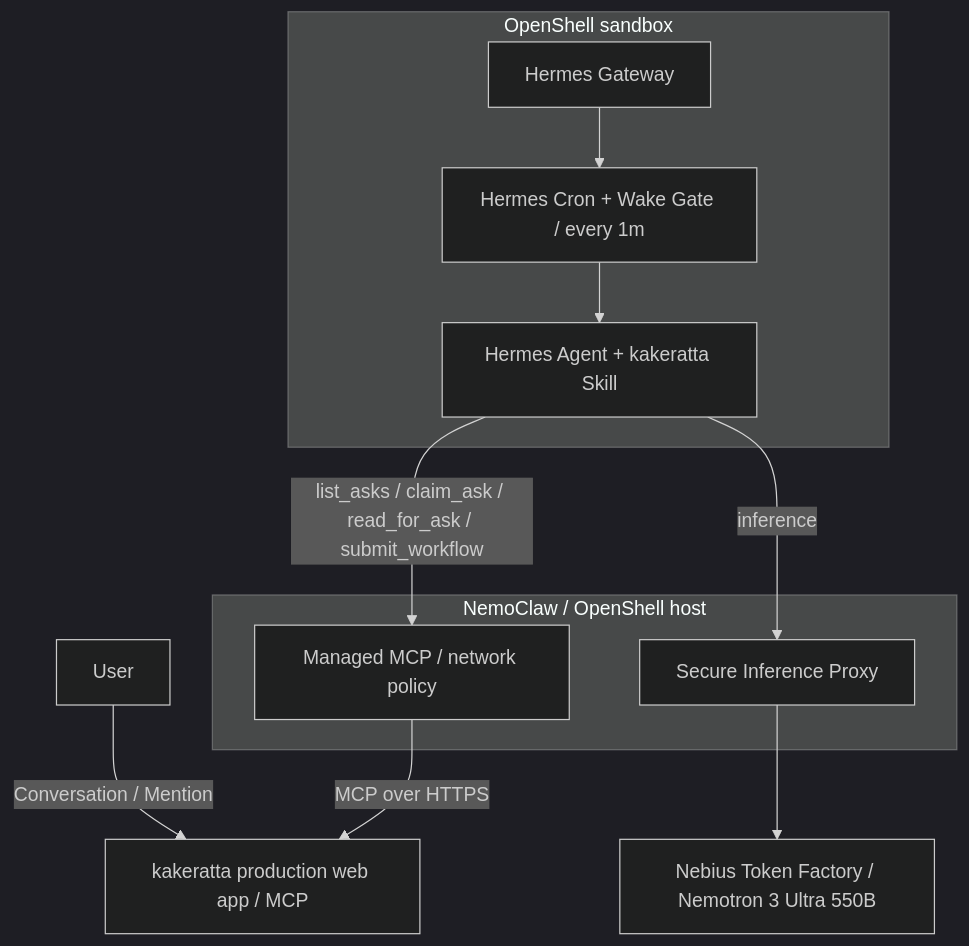
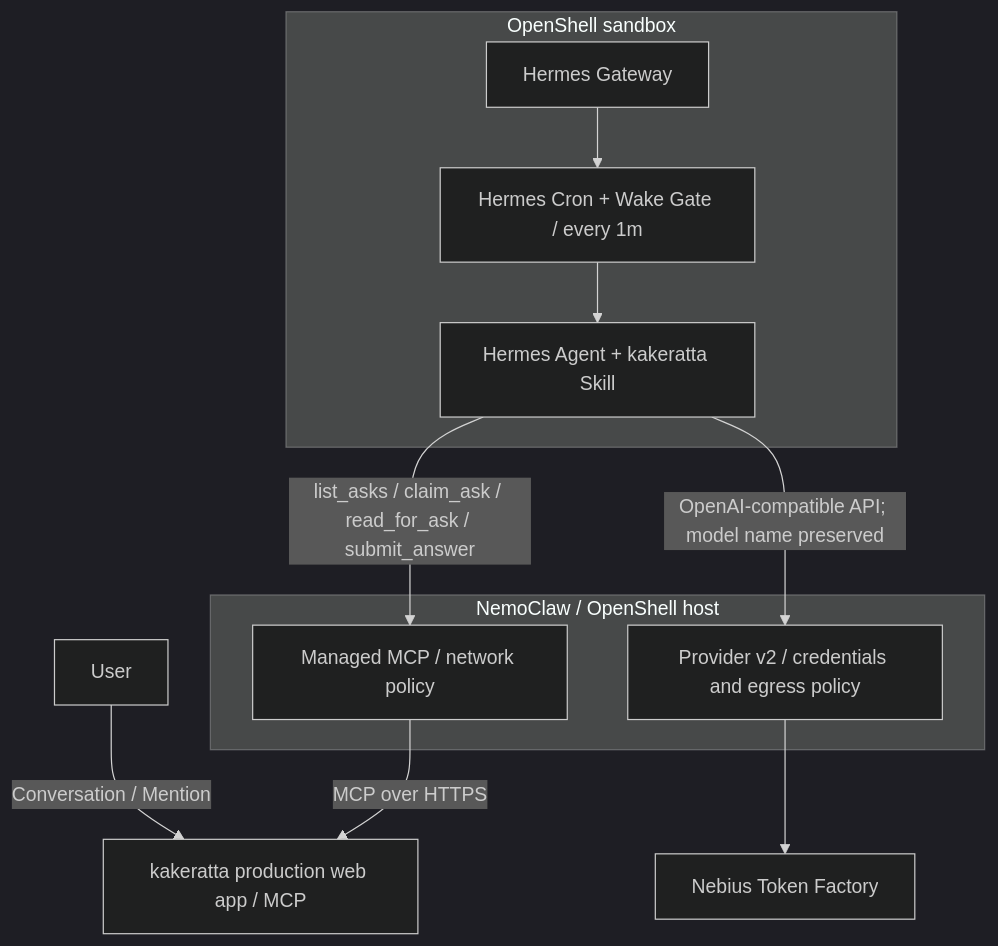
Before and after one commit to takeshy/kakeratta: the diagram in docs/nemoclaw-hermes-integration.md, drawn with Mermaid (dark theme). The commit also changed other lines of this file and 4 other files, not shown here.

First line of the commit message:
Document OpenShell Provider v2 migration and harden Wake Gate pre-checks

````diff
--- a/docs/nemoclaw-hermes-integration.md
+++ b/docs/nemoclaw-hermes-integration.md
@@ -16,16 +16,16 @@
 ```mermaid
 flowchart TD
     U["User"] -->|"Conversation / Mention"| K["kakeratta production web app / MCP"]
     subgraph H["NemoClaw / OpenShell host"]
       M["Managed MCP / network policy"]
-      P["Secure Inference Proxy"]
+      P["Provider v2 / credentials and egress policy"]
     end
     subgraph S["OpenShell sandbox"]
       G["Hermes Gateway"]
       C["Hermes Cron + Wake Gate / every 1m"]
       A["Hermes Agent + kakeratta Skill"]
       G --> C --> A
     end
-    A -->|"list_asks / claim_ask / read_for_ask / submit_workflow"| M -->|"MCP over HTTPS"| K
-    A -->|"inference"| P --> N["Nebius Token Factory / Nemotron 3 Ultra 550B"]
+    A -->|"list_asks / claim_ask / read_for_ask / submit_answer"| M -->|"MCP over HTTPS"| K
+    A -->|"OpenAI-compatible API; model name preserved"| P --> N["Nebius Token Factory"]
 ```
````
